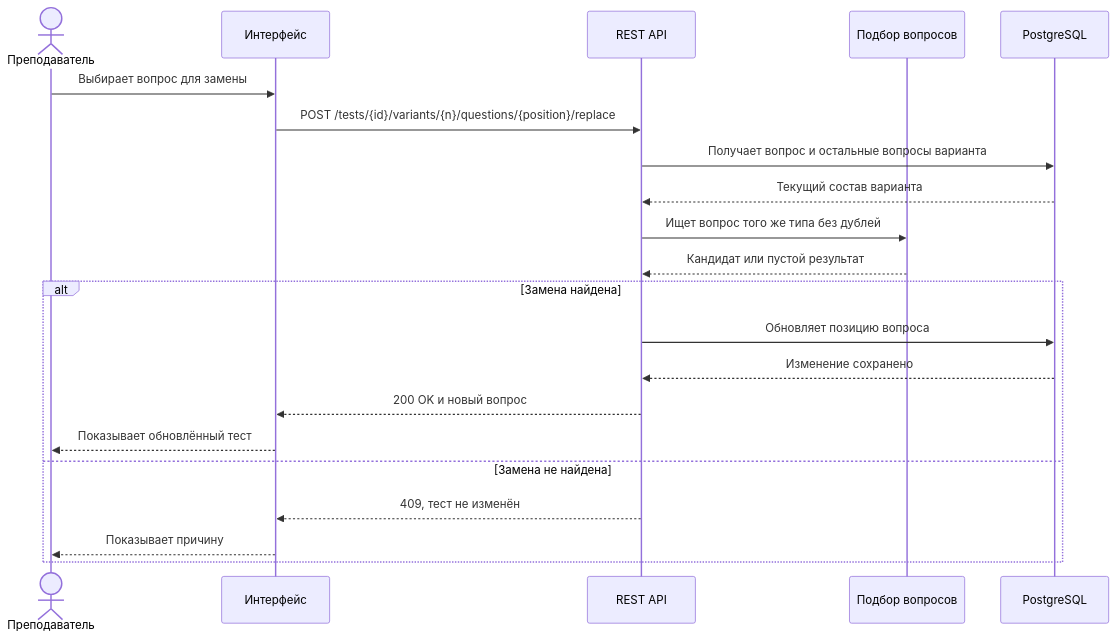
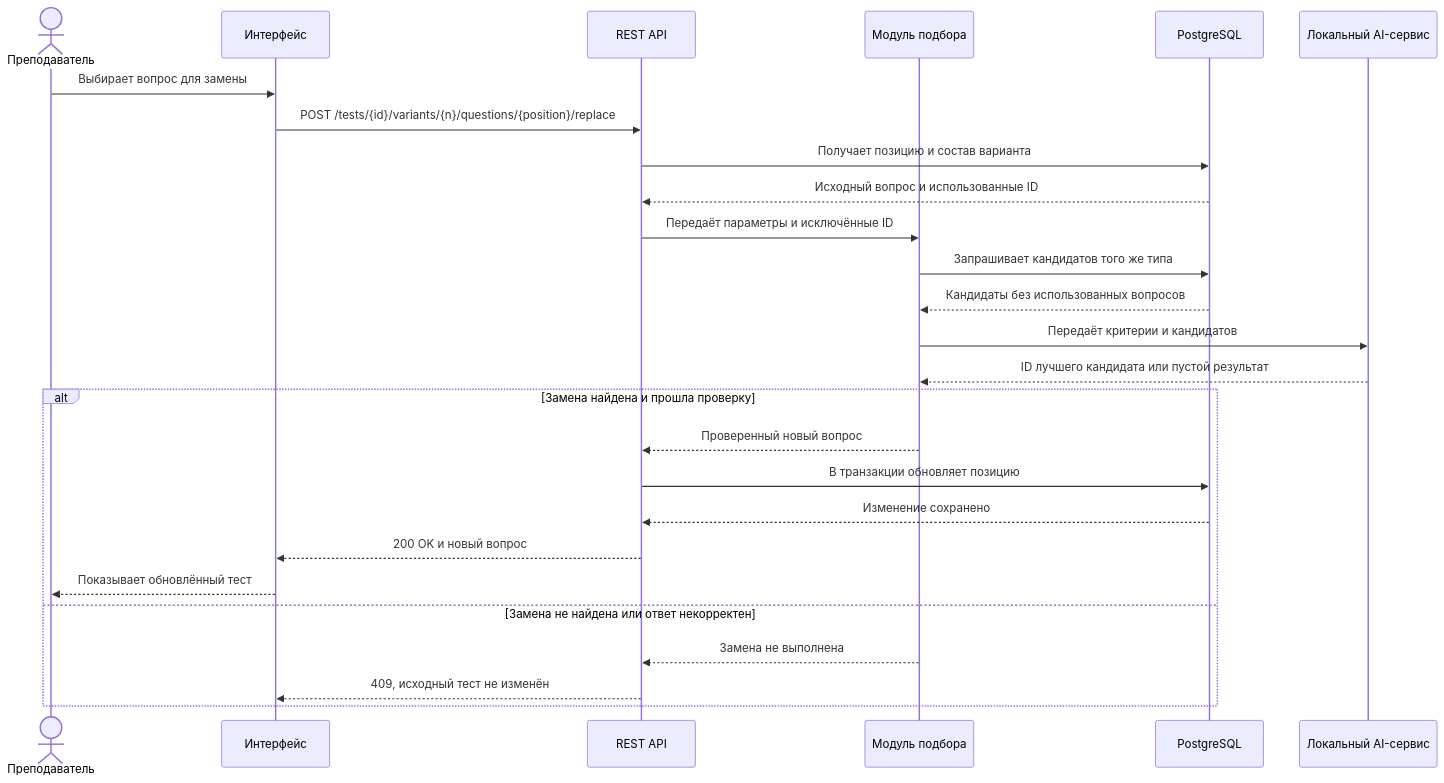
One commit to us6fu1/system-analysis changed the fourth of 5 diagrams in technical-design.md. Above: the diagram before and after it, drawn with Mermaid. The commit also changed other lines of this file and 6 other files, not shown here.

````diff
--- a/technical-design.md
+++ b/technical-design.md
@@ -127,24 +184,29 @@
 ```mermaid
 sequenceDiagram
     actor Teacher as Преподаватель
     participant UI as Интерфейс
     participant API as REST API
-    participant Selection as Подбор вопросов
+    participant Selection as Модуль подбора
     participant DB as PostgreSQL
+    participant AI as Локальный AI-сервис
 
     Teacher->>UI: Выбирает вопрос для замены
     UI->>API: POST /tests/{id}/variants/{n}/questions/{position}/replace
-    API->>DB: Получает вопрос и остальные вопросы варианта
-    DB-->>API: Текущий состав варианта
-    API->>Selection: Ищет вопрос того же типа без дублей
-    Selection-->>API: Кандидат или пустой результат
-    alt Замена найдена
-        API->>DB: Обновляет позицию вопроса
+    API->>DB: Получает позицию и состав варианта
+    DB-->>API: Исходный вопрос и использованные ID
+    API->>Selection: Передаёт параметры и исключённые ID
+    Selection->>DB: Запрашивает кандидатов того же типа
+    DB-->>Selection: Кандидаты без использованных вопросов
+    Selection->>AI: Передаёт критерии и кандидатов
+    AI-->>Selection: ID лучшего кандидата или пустой результат
+    alt Замена найдена и прошла проверку
+        Selection-->>API: Проверенный новый вопрос
+        API->>DB: В транзакции обновляет позицию
         DB-->>API: Изменение сохранено
         API-->>UI: 200 OK и новый вопрос
         UI-->>Teacher: Показывает обновлённый тест
-    else Замена не найдена
-        API-->>UI: 409, тест не изменён
-        UI-->>Teacher: Показывает причину
+    else Замена не найдена или ответ некорректен
+        Selection-->>API: Замена не выполнена
+        API-->>UI: 409, исходный тест не изменён
     end
 ```
````
